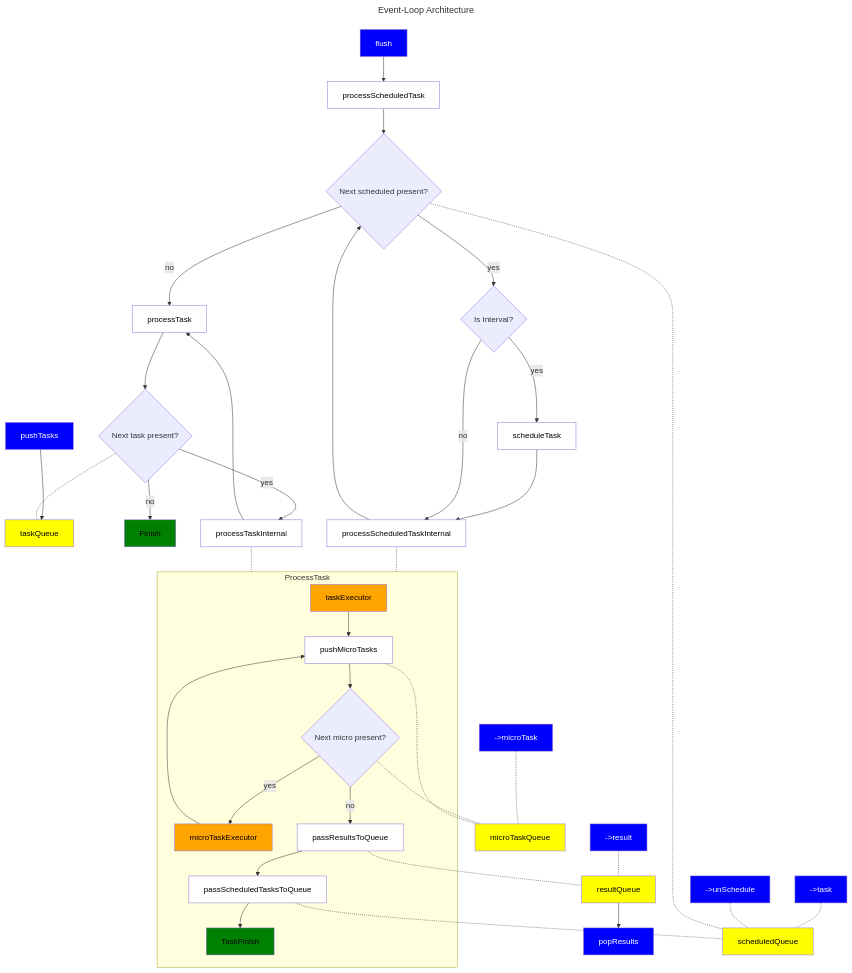
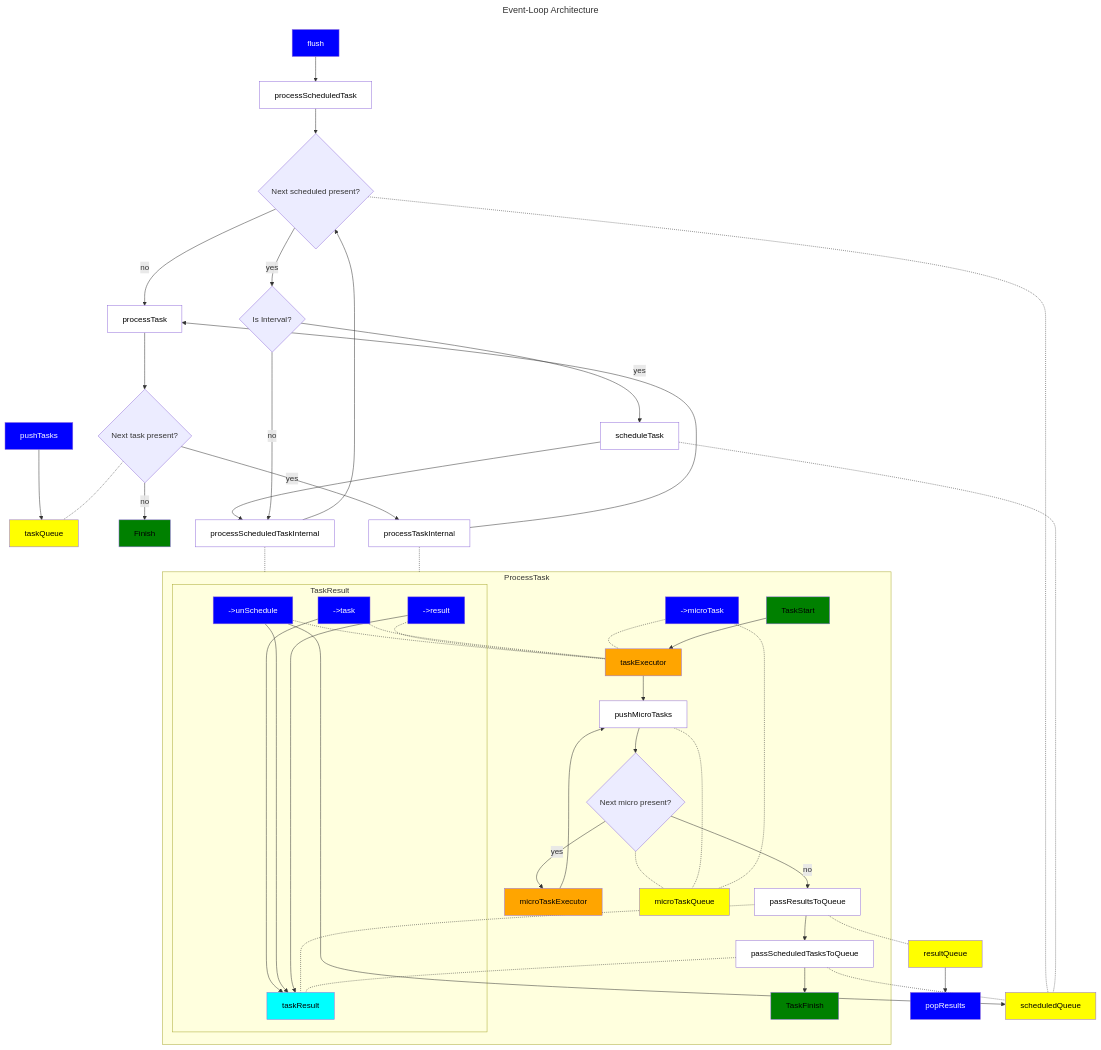
Before and after one commit to czlowiek488/OdinBasePack: the diagram in README.md, drawn with Mermaid.

````diff
--- a/README.md
+++ b/README.md
@@ -24,6 +24,7 @@
    classDef Process fill:white,color:black
    classDef Finish fill:green,color:black
    classDef Executor fill:orange,color:black
+   classDef TaskResult fill:aqua,color:black
 
    pushTasks:::Operation
    popResults:::Operation
@@ -43,6 +44,7 @@
    
    Finish:::Finish
    TaskFinish:::Finish
+   TaskStart:::Finish
 
    processScheduledTask:::Process
    processScheduledTaskInternal:::Process
@@ -74,10 +76,6 @@
    processTaskInternal --> processTask
    nextTaskPresent -->|no| Finish 
 
-   task -.- scheduledQueue
-   unSchedule -.- scheduledQueue
-   result -.- resultQueue
-   microTask -.- microTaskQueue
 
    processScheduledTaskInternal -.- ProcessTask
    processTaskInternal -.- ProcessTask
@@ -87,14 +85,32 @@
    nextScheduledTaskPresent -.- scheduledQueue
    nextMicroTaskPresent -.- microTaskQueue
    pushMicroTasks -.- microTaskQueue
+   scheduleTask -.- scheduledQueue
+
+   taskResult:::TaskResult
+   unSchedule --> scheduledQueue
+
 
    subgraph ProcessTask
+      subgraph TaskResult
+         task --> taskResult
+         unSchedule --> taskResult
+         result --> taskResult
+      end
       taskExecutor --> pushMicroTasks
+      microTask -.- taskExecutor
+      unSchedule -.- taskExecutor
+      result -.- taskExecutor
+      task -.- taskExecutor
+      microTask -.- microTaskQueue
+      TaskStart --> taskExecutor
       pushMicroTasks --> nextMicroTaskPresent
       nextMicroTaskPresent -->|yes| microTaskExecutor
       nextMicroTaskPresent -->|no| passResultsToQueue
       passResultsToQueue --> passScheduledTasksToQueue
+      passResultsToQueue -.- taskResult
       passScheduledTasksToQueue --> TaskFinish
+      passScheduledTasksToQueue -.- taskResult
       microTaskExecutor --> pushMicroTasks
    end
 ```
````
